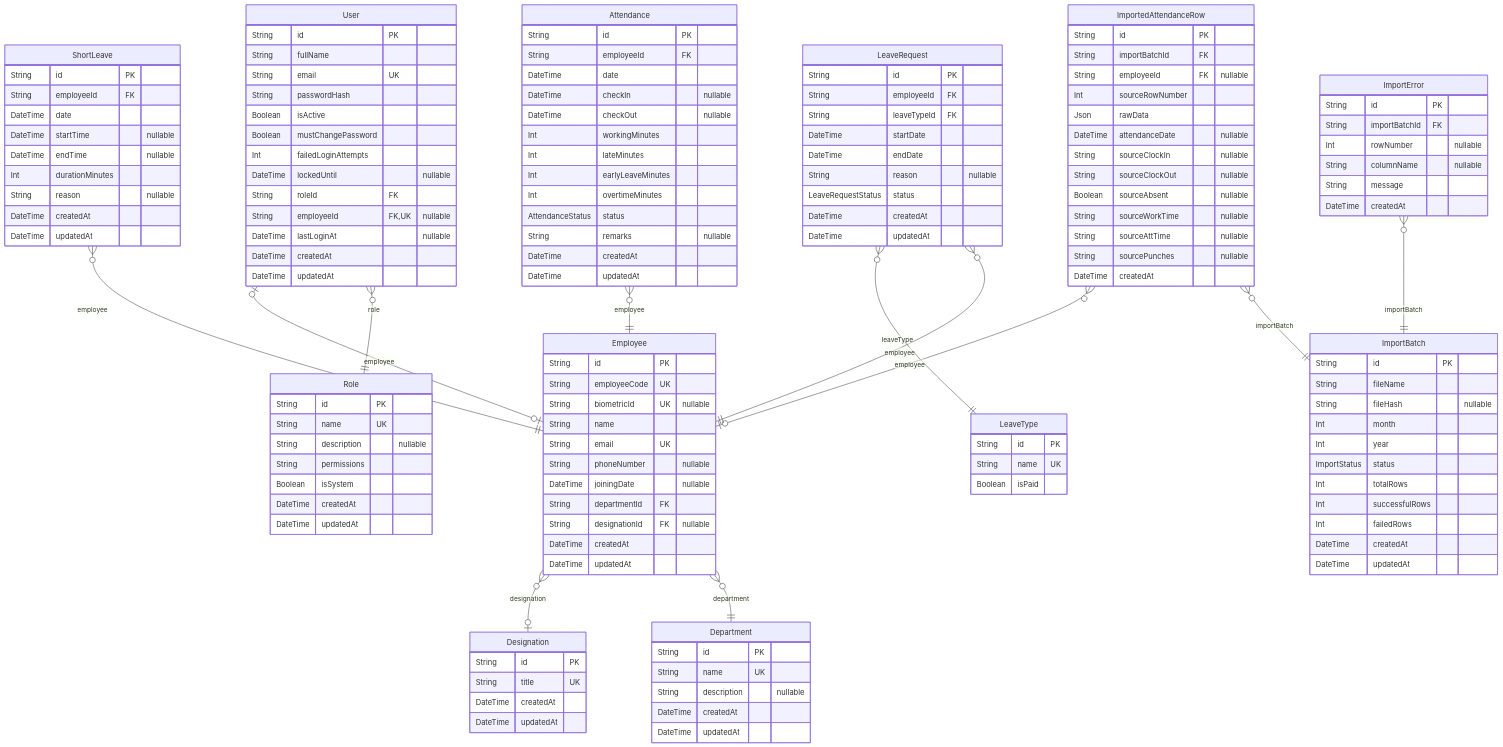
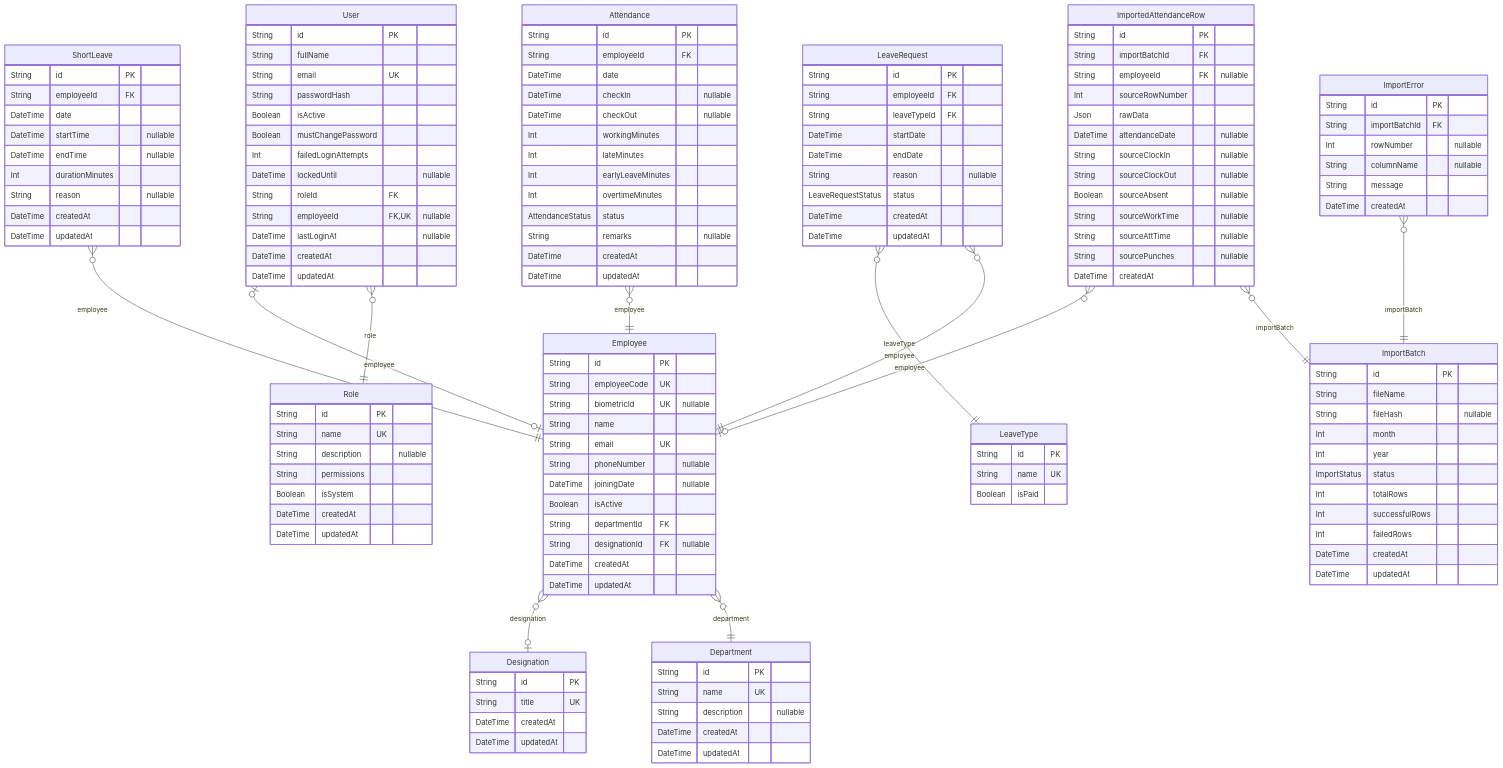
One commit to DeveloperIrkhan/Attendance-management-system_IHRA changed the diagram in prisma/ERD.md. Above: the diagram before and after it, drawn with Mermaid. The commit also changed other lines of this file and 36 other files, not shown here.

```diff
--- a/prisma/ERD.md
+++ b/prisma/ERD.md
@@ -29,6 +29,7 @@
   String email UK
   String phoneNumber "nullable"
   DateTime joiningDate "nullable"
+  Boolean isActive
   String departmentId FK
   String designationId FK "nullable"
   DateTime createdAt
```
